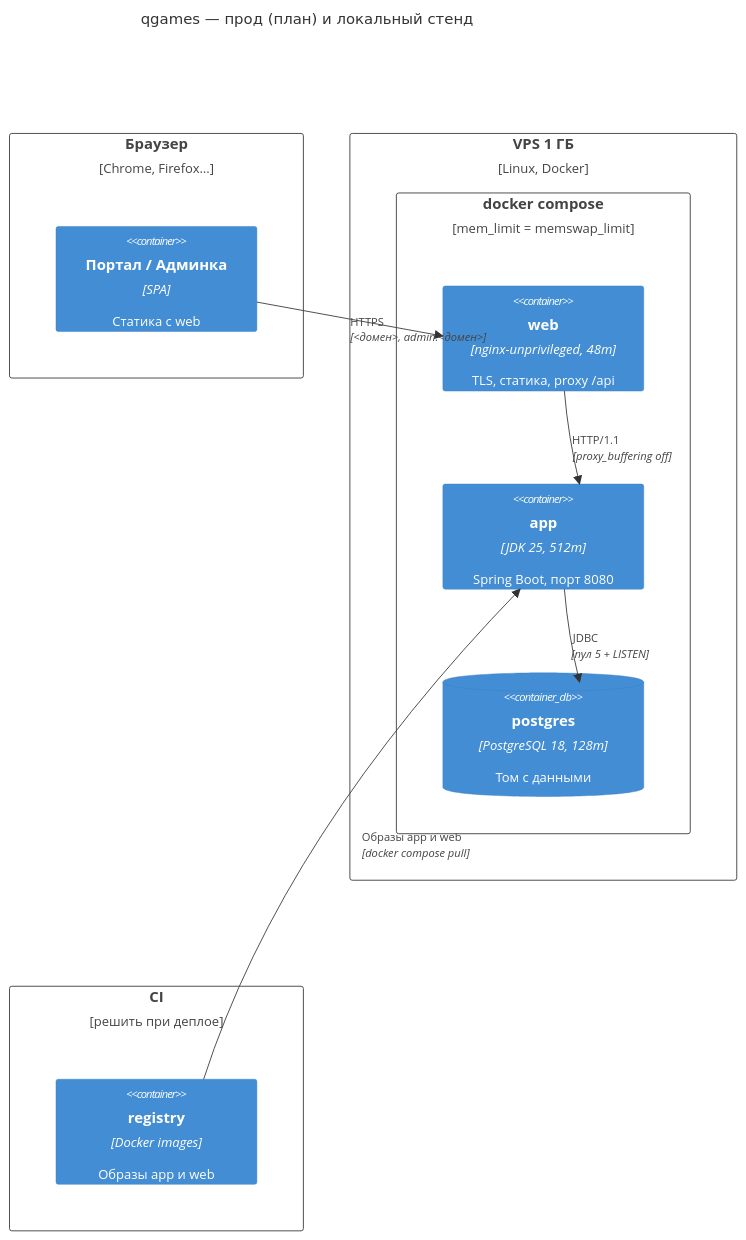
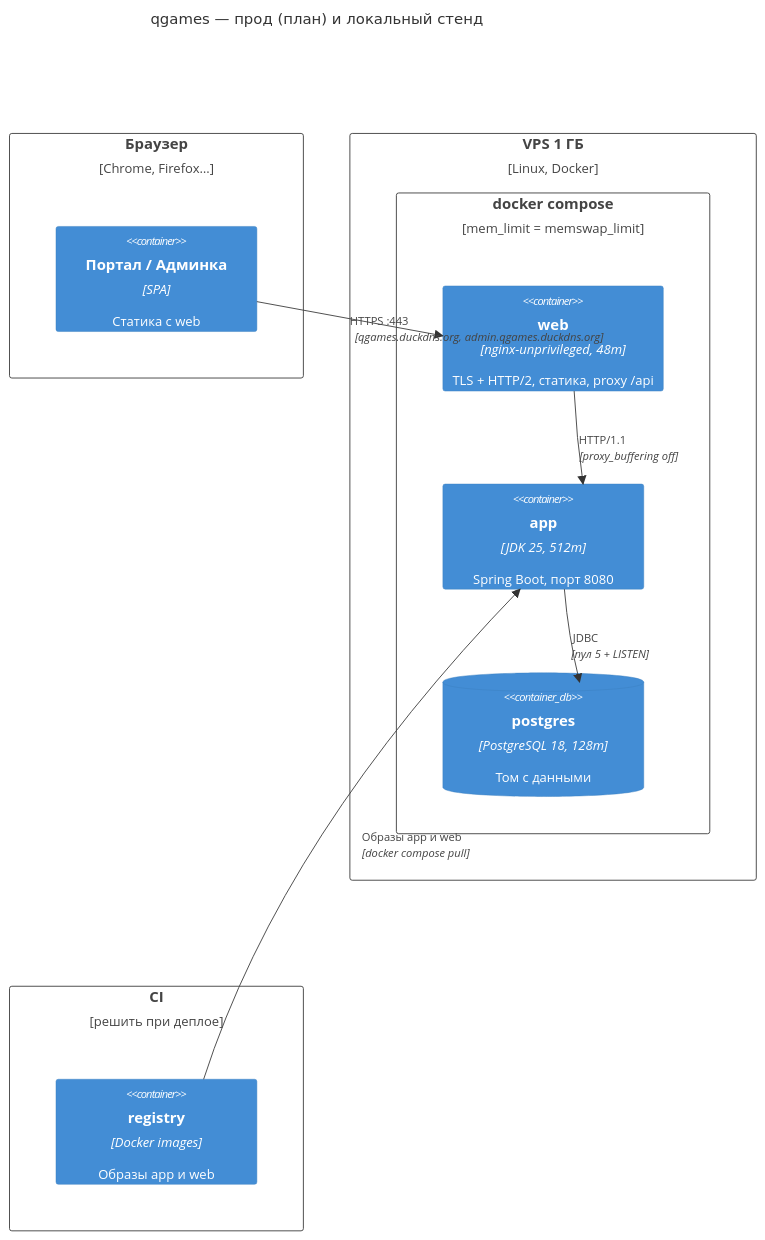
One commit to qwe3qwe3lott/qgames-workspace changed the diagram in adr/c4/deployment.md. Above: the diagram before and after it, drawn with Mermaid. The commit also changed other lines of this file and 5 other files, not shown here.

````diff
--- a/adr/c4/deployment.md
+++ b/adr/c4/deployment.md
@@ -5,27 +5,27 @@
 ```mermaid
 C4Deployment
   title qgames — прод (план) и локальный стенд
 
   Deployment_Node(browser, "Браузер", "Chrome, Firefox…") {
     Container(spa, "Портал / Админка", "SPA", "Статика с web")
   }
 
   Deployment_Node(vps, "VPS 1 ГБ", "Linux, Docker") {
     Deployment_Node(compose, "docker compose", "mem_limit = memswap_limit") {
-      Container(web, "web", "nginx-unprivileged, 48m", "TLS, статика, proxy /api")
+      Container(web, "web", "nginx-unprivileged, 48m", "TLS + HTTP/2, статика, proxy /api")
       Container(app, "app", "JDK 25, 512m", "Spring Boot, порт 8080")
       ContainerDb(db, "postgres", "PostgreSQL 18, 128m", "Том с данными")
     }
   }
 
   Deployment_Node(ci, "CI", "решить при деплое") {
     Container(registry, "registry", "Docker images", "Образы app и web")
   }
 
-  Rel(spa, web, "HTTPS", "<домен>, admin.<домен>")
+  Rel(spa, web, "HTTPS :443", "qgames.duckdns.org, admin.qgames.duckdns.org")
   Rel(web, app, "HTTP/1.1", "proxy_buffering off")
   Rel(app, db, "JDBC", "пул 5 + LISTEN")
   Rel(registry, app, "Образы app и web", "docker compose pull")
 
   UpdateLayoutConfig($c4ShapeInRow="3", $c4BoundaryInRow="2")
 ```
````
